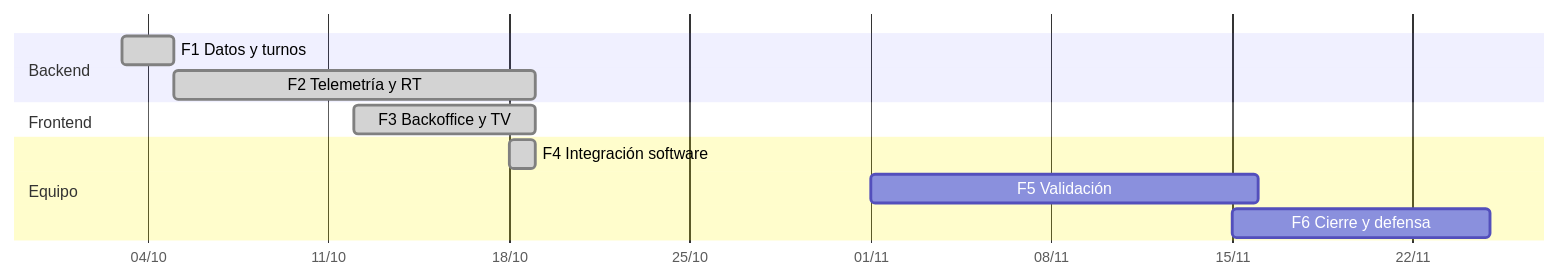
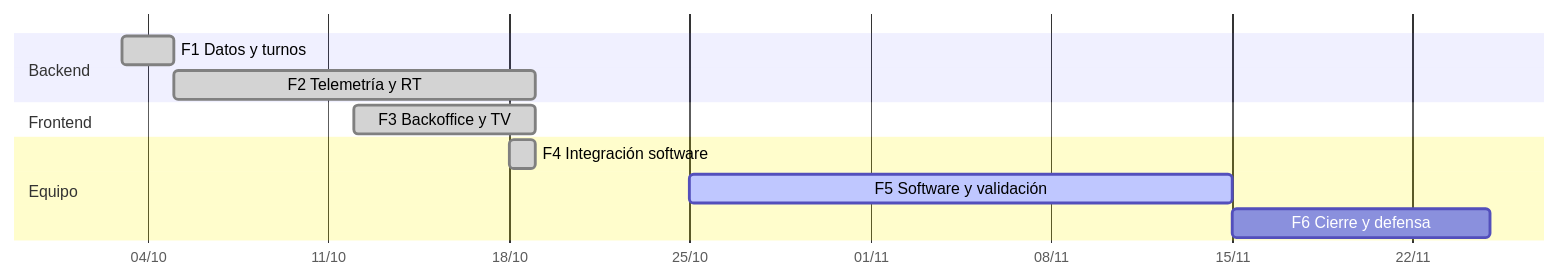
Before and after one commit to GastMolina267/pti-monorepo: the diagram in docs/07-roadmap.md, drawn with Mermaid. The commit also changed other lines of this file and 11 other files, not shown here.

First line of the commit message:
docs: fase 5 — ADR 0018, validación con números y roadmap

````diff
--- a/docs/07-roadmap.md
+++ b/docs/07-roadmap.md
@@ -19,14 +19,14 @@
 ```mermaid
 gantt
   dateFormat YYYY-MM-DD
   axisFormat %d/%m
   section Backend
   F1 Datos y turnos        :done, f1, 2026-10-03, 2d
   F2 Telemetría y RT       :done, f2, 2026-10-05, 14d
   section Frontend
   F3 Backoffice y TV       :done, f3, 2026-10-12, 7d
   section Equipo
   F4 Integración software :done, f4, 2026-10-18, 1d
-  F5 Validación            :f5, 2026-11-01, 15d
+  F5 Software y validación :active, f5, 2026-10-25, 21d
   F6 Cierre y defensa      :f6, 2026-11-15, 10d
 ```
````
